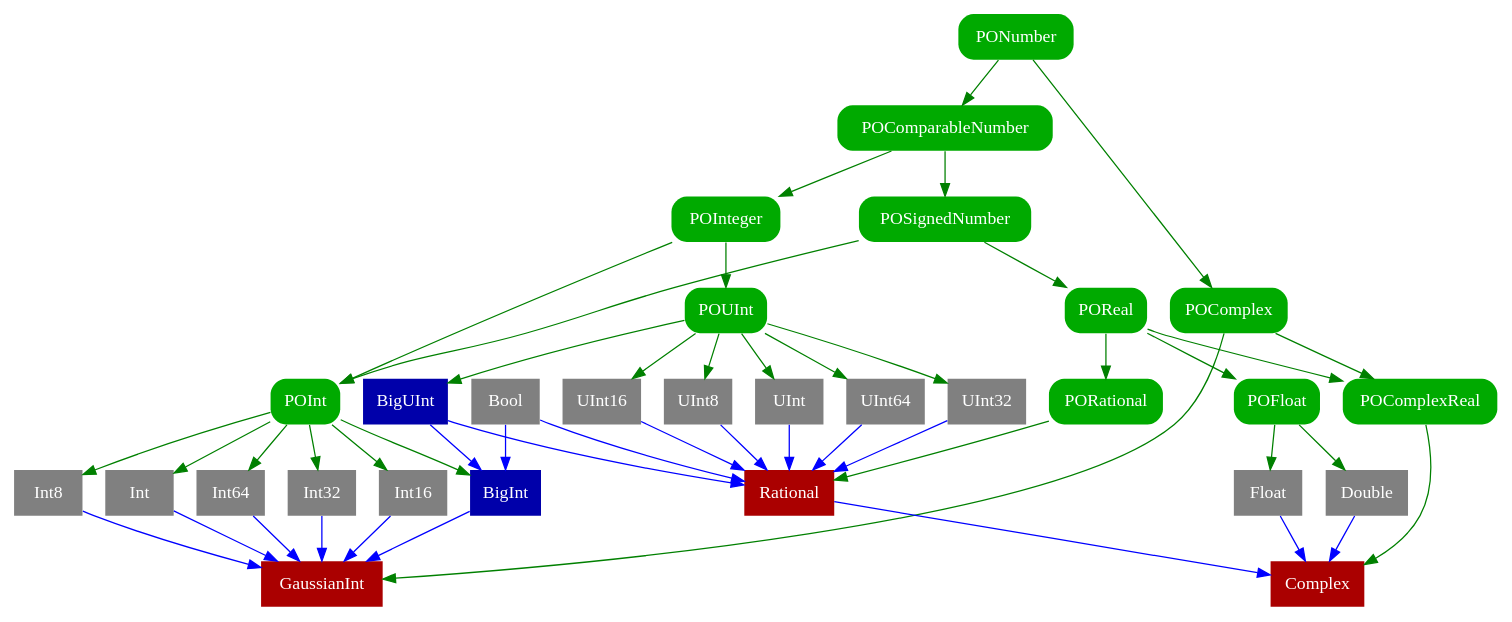
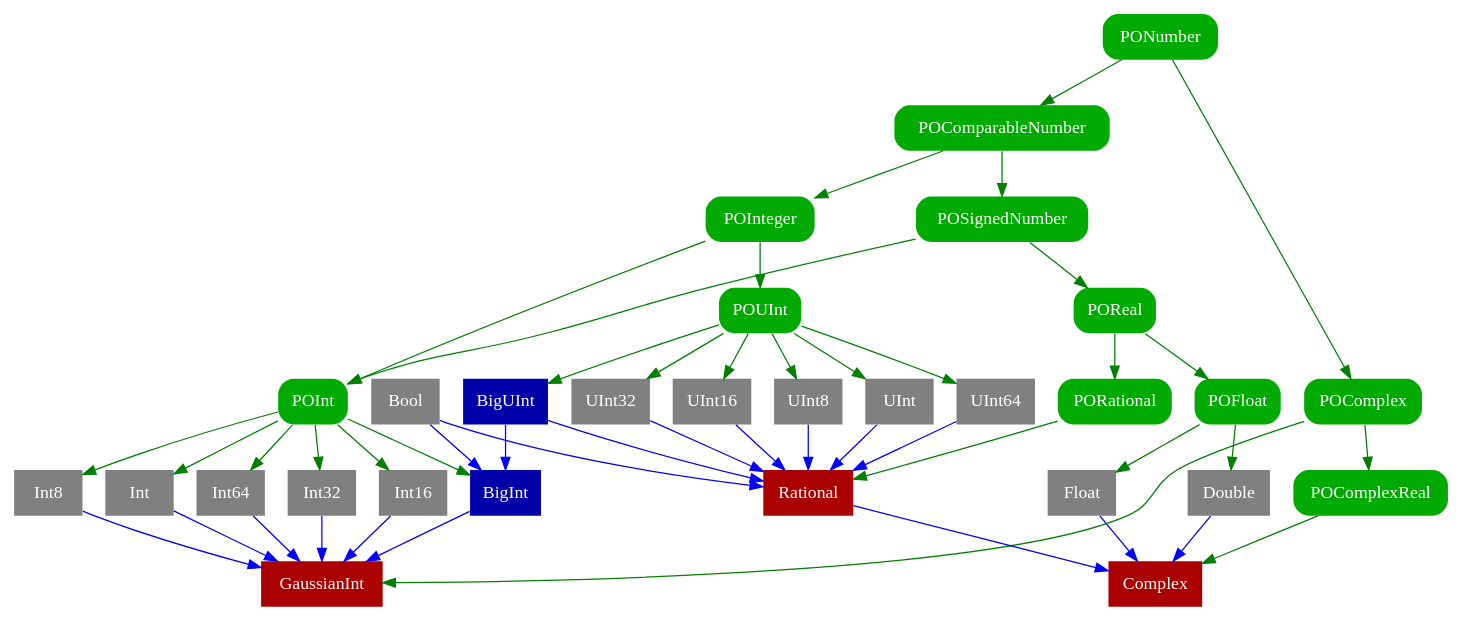
Before and after one commit to dankogai/swift2-pons: the diagram in typetree.dot, drawn with Graphviz. The commit also changed 3 other files, not shown here.

Commit message:
update graph

```diff
--- a/typetree.dot
+++ b/typetree.dot
@@ -1,72 +1,71 @@
 digraph typetree {
   node [
     shape = box
     style = "filled, rounded"
     peripheries = 0
     fontname = "San Francisco"
     fontcolor = white
     fillcolor = "#aaaaaa"
   ]
   edge [
      color = green
   ]
   node [ fillcolor = gray style = "filled"]
   Bool
   Int64 Int32 Int16 Int8 Int UInt64 UInt32 UInt16 UInt8 UInt
   Double Float
   node [ fillcolor = "#00aa00" style = "filled, rounded"]
   PONumber POComparableNumber POSignedNumber POInteger
   POUInt POInt POReal POFloat POComplex POComplexReal PORational
   node [ fillcolor = "#0000aa" style="filled"]
   BigUInt BigInt
   node [ fillcolor = "#aa0000" style="filled"]
   GaussianInt Complex Rational 
 
   Bool -> BigInt [ color = blue ]
   Bool -> Rational [ color = blue ]
   BigInt -> GaussianInt [ color = blue ]
   BigUInt -> Rational [ color = blue ]
   BigUInt -> BigInt [ color = blue ]
   Double -> Complex  [ color = blue ]
   Float -> Complex  [ color = blue ]
   Int -> GaussianInt [ color = blue ]
   Int16 -> GaussianInt [ color = blue ]
   Int32 -> GaussianInt [ color = blue ]
   Int64 -> GaussianInt [ color = blue ]
   Int8 -> GaussianInt [ color = blue ]
   POComparableNumber -> POInteger
   POComparableNumber -> POSignedNumber
   POComplex -> GaussianInt
   POComplex -> POComplexReal
   POComplexReal -> Complex
   POFloat -> Double
   POFloat -> Float
-  POInt -> BigInt [ color = green ]
+  POInt -> BigInt
   POInt -> Int
   POInt -> Int16
   POInt -> Int32
   POInt -> Int64
   POInt -> Int8
   POInteger -> POInt  [ color = green ]
   POInteger -> POUInt
   PONumber -> POComparableNumber
   PONumber -> POComplex
   PORational -> Rational
-  POReal -> POComplexReal
   POReal -> POFloat
   POReal -> PORational
   POSignedNumber -> POInt
   POSignedNumber -> POReal
   POUInt -> BigUInt
   POUInt -> UInt
   POUInt -> UInt16
   POUInt -> UInt32
   POUInt -> UInt64
   POUInt -> UInt8
   Rational -> Complex [ color = blue ]
   UInt -> Rational [ color = blue ]
   UInt16 -> Rational [ color = blue ]
   UInt32 -> Rational [ color = blue ]
   UInt64 -> Rational [ color = blue ]
   UInt8  -> Rational [ color = blue ]
  }
```
